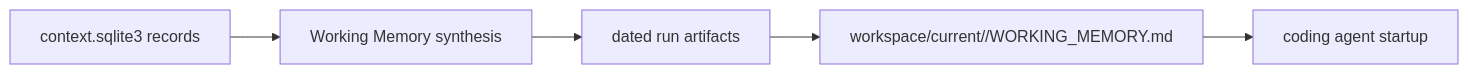
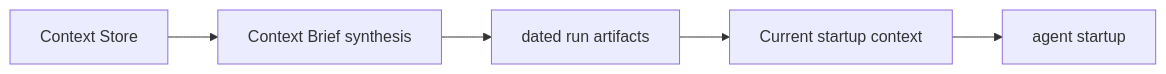
The second of 2 diagrams in docs/concepts/how-it-works.md (nablo-io/lerim), drawn with Mermaid before and after one commit. The commit also changed other lines of this file and 335 other files, not shown here.

````diff
--- a/docs/concepts/how-it-works.md
+++ b/docs/concepts/how-it-works.md
@@ -80,7 +121,7 @@
 ```mermaid
 flowchart LR
-    A["context.sqlite3 records"] --> B["Working Memory synthesis"]
+    A["Context Store"] --> B["Context Brief synthesis"]
     B --> C["dated run artifacts"]
-    C --> D["workspace/current/<project_id>/WORKING_MEMORY.md"]
-    D --> E["coding agent startup"]
+    C --> D["Current startup context"]
+    D --> E["agent startup"]
 ```
````
